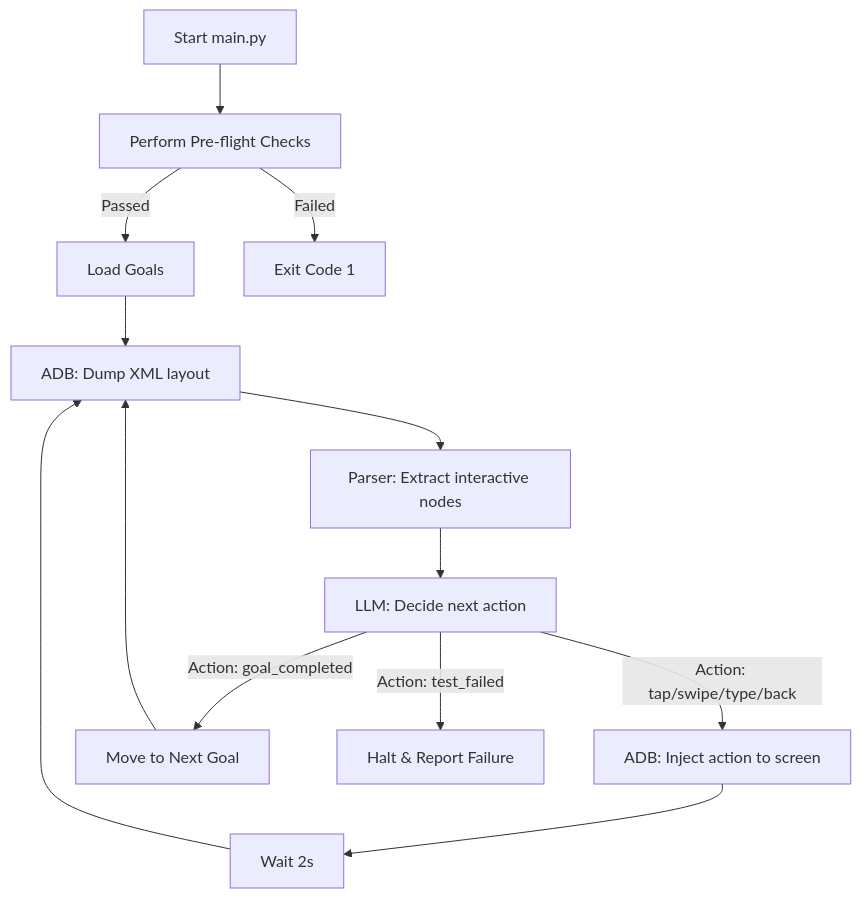
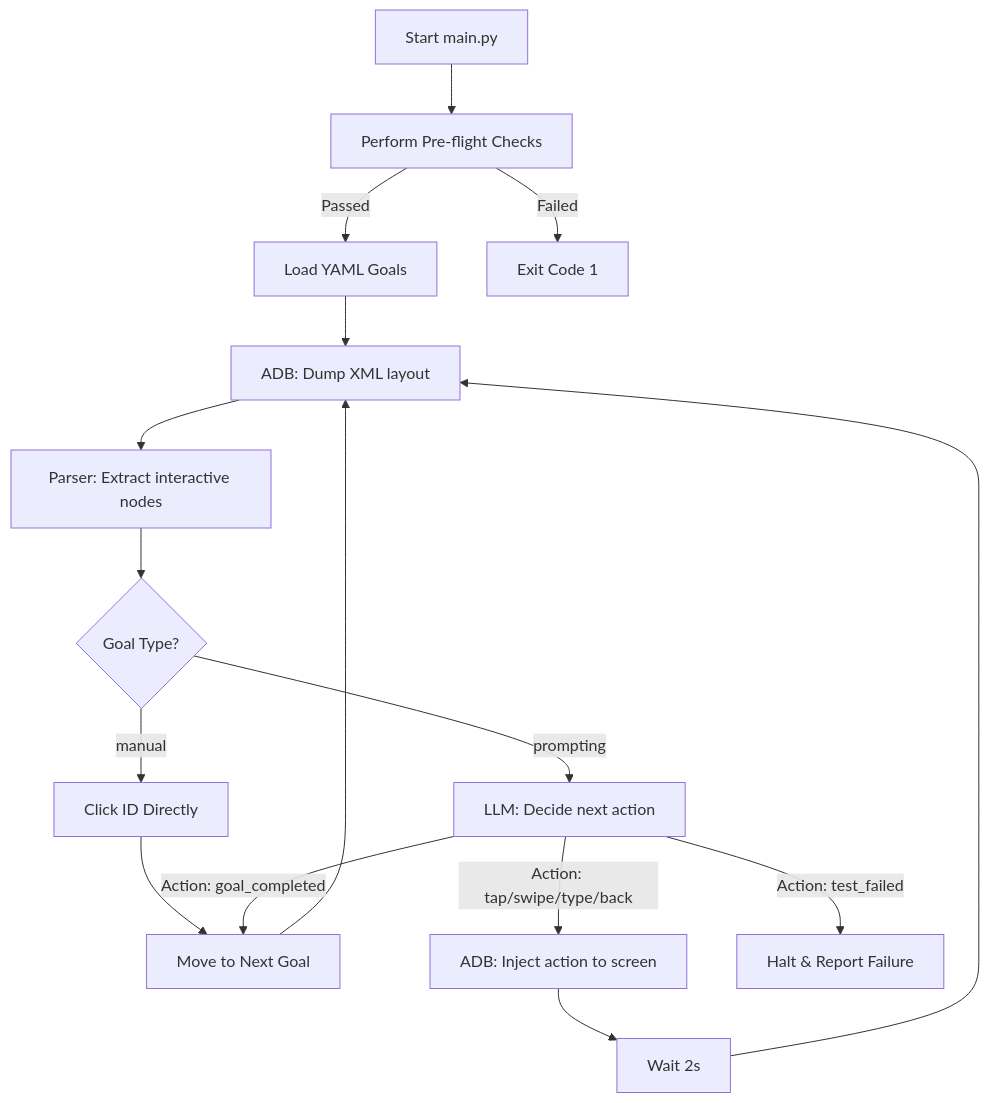
One commit to EmmanueleVilla/android-app-tester changed the diagram in README.md. Above: the diagram before and after it, drawn with Mermaid. The commit also changed other lines of this file and 15 other files, not shown here.

````diff
--- a/README.md
+++ b/README.md
@@ -21,14 +22,17 @@
 ```mermaid
 graph TD
     A[Start main.py] --> B[Perform Pre-flight Checks]
-    B -->|Passed| C[Load Goals]
+    B -->|Passed| C[Load YAML Goals]
     C --> D[ADB: Dump XML layout]
     D --> E[Parser: Extract interactive nodes]
-    E --> F[LLM: Decide next action]
-    F -->|Action: tap/swipe/type/back| G[ADB: Inject action to screen]
-    G --> H[Wait 2s] --> D
-    F -->|Action: goal_completed| I[Move to Next Goal]
-    I --> D
-    F -->|Action: test_failed| J[Halt & Report Failure]
-    B -->|Failed| K[Exit Code 1]
+    E --> F{Goal Type?}
+    F -->|manual| G[Click ID Directly]
+    G --> H[Move to Next Goal]
+    H --> D
+    F -->|prompting| I[LLM: Decide next action]
+    I -->|Action: tap/swipe/type/back| J[ADB: Inject action to screen]
+    J --> K[Wait 2s] --> D
+    I -->|Action: goal_completed| H
+    I -->|Action: test_failed| L[Halt & Report Failure]
+    B -->|Failed| M[Exit Code 1]
 ```
````
